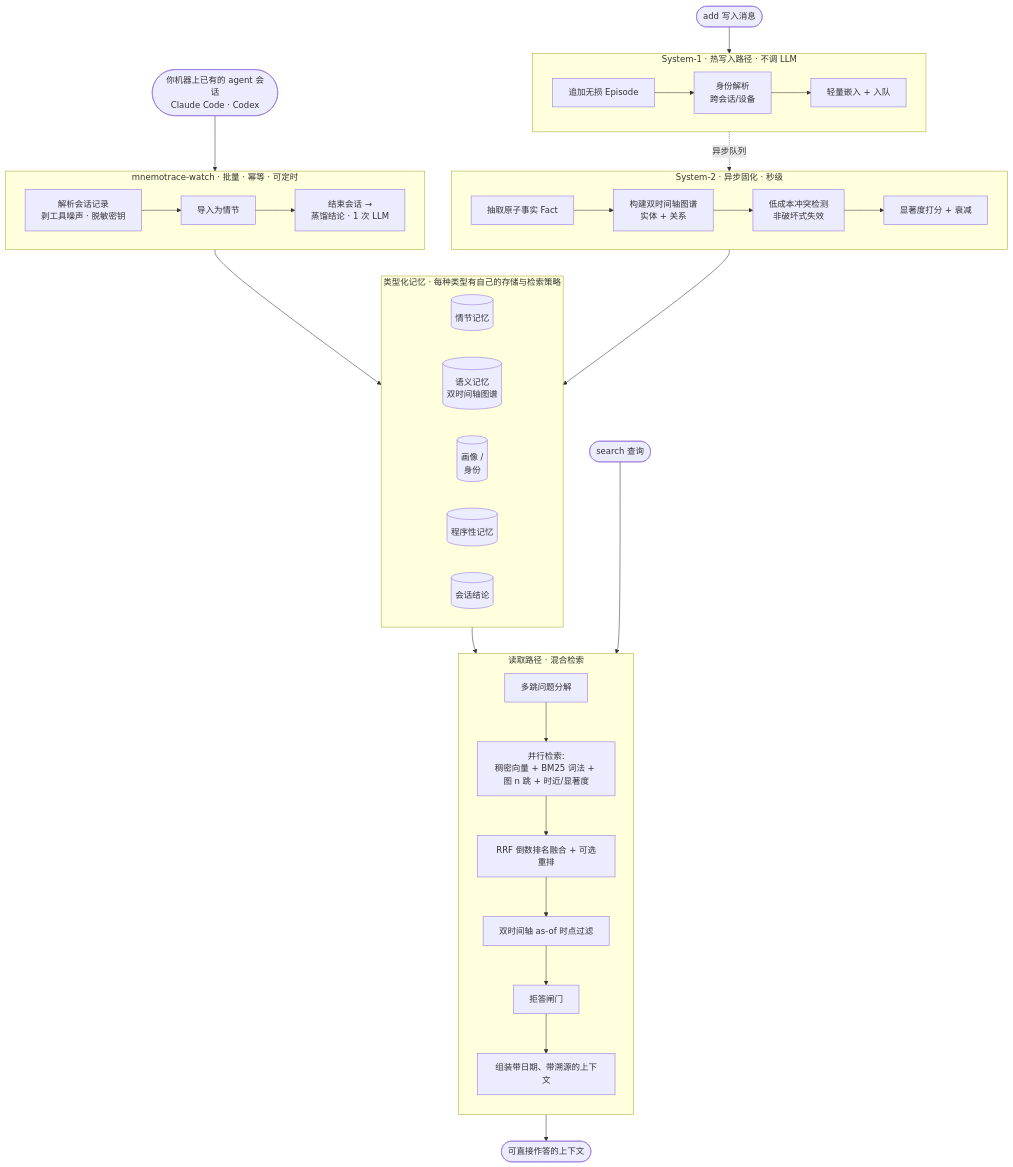
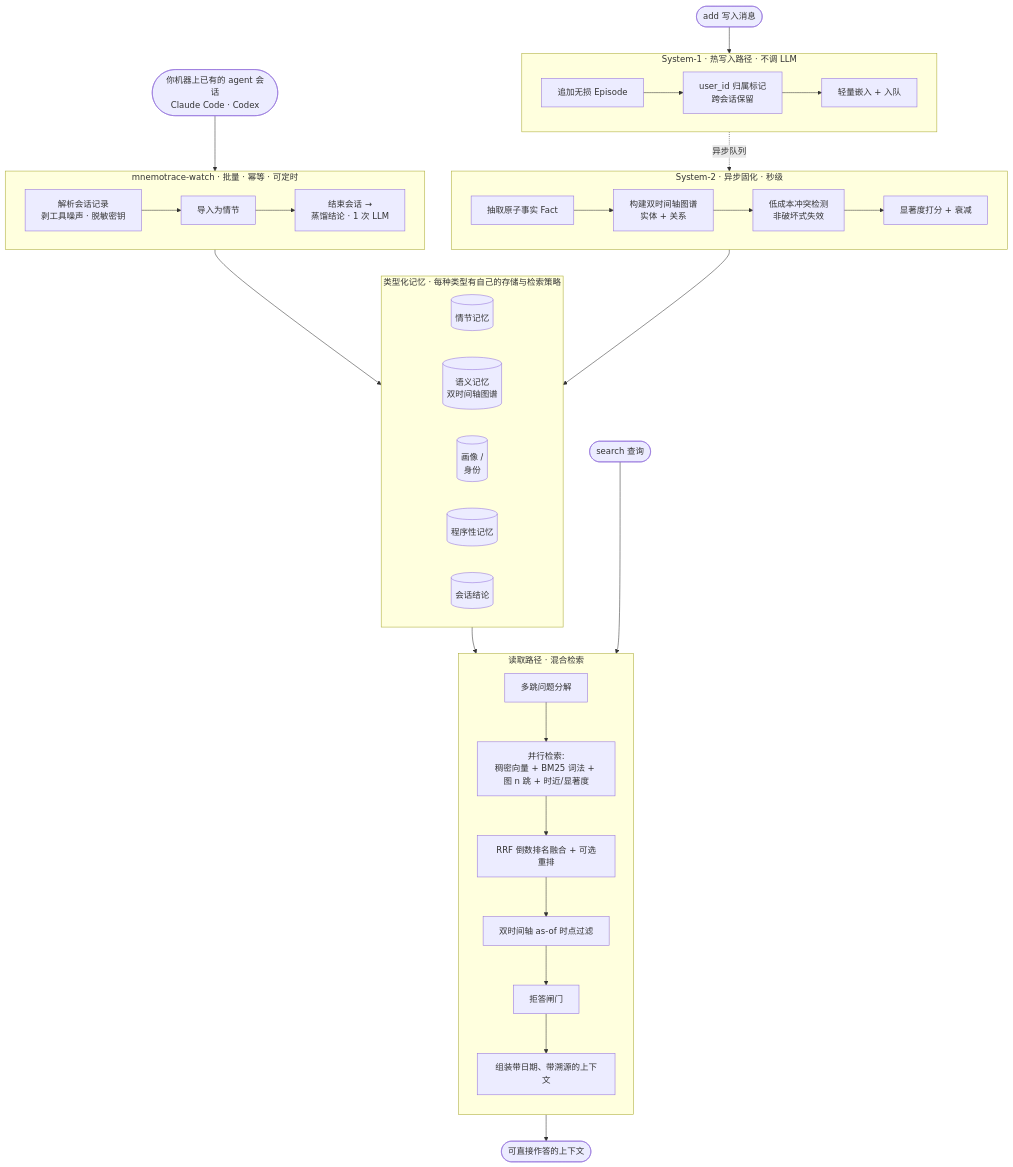
The diagram in README.zh-CN.md (NotZhu/MnemoTrace), drawn with Mermaid before and after one commit. The commit also changed other lines of this file and 48 other files, not shown here.

````diff
--- a/README.zh-CN.md
+++ b/README.zh-CN.md
@@ -75,36 +75,36 @@
 ```mermaid
 flowchart TB
     ADD([add 写入消息]) --> S1
     SESS([你机器上已有的 agent 会话<br/>Claude Code · Codex]) --> W
     subgraph W [mnemotrace-watch · 批量 · 幂等 · 可定时]
         direction LR
         Wa[解析会话记录<br/>剥工具噪声 · 脱敏密钥] --> Wb[导入为情节] --> Wc[结束会话 →<br/>蒸馏结论 · 1 次 LLM]
     end
     W --> TM
     subgraph S1 [System-1 · 热写入路径 · 不调 LLM]
         direction LR
-        S1a[追加无损 Episode] --> S1b[身份解析<br/>跨会话/设备] --> S1c[轻量嵌入 + 入队]
+        S1a[追加无损 Episode] --> S1b[user_id 归属标记<br/>跨会话保留] --> S1c[轻量嵌入 + 入队]
     end
     S1 -. 异步队列 .-> S2
     subgraph S2 [System-2 · 异步固化 · 秒级]
         direction LR
         S2a[抽取原子事实 Fact] --> S2b[构建双时间轴图谱<br/>实体 + 关系] --> S2c[低成本冲突检测<br/>非破坏式失效] --> S2d[显著度打分 + 衰减]
     end
     S2 --> TM
     subgraph TM [类型化记忆 · 每种类型有自己的存储与检索策略]
         direction LR
         TMa[(情节记忆)]
         TMb[(语义记忆<br/>双时间轴图谱)]
         TMc[(画像 /<br/>身份)]
         TMd[(程序性记忆)]
         TMe[(会话结论)]
     end
     TM --> R
     Q([search 查询]) --> R
     subgraph R [读取路径 · 混合检索]
         direction TB
         Ra[多跳问题分解] --> Rb[并行检索:<br/>稠密向量 + BM25 词法 + 图 n 跳 + 时近/显著度]
         Rb --> Rc[RRF 倒数排名融合 + 可选重排] --> Rd[双时间轴 as-of 时点过滤] --> Re[拒答闸门] --> Rf[组装带日期、带溯源的上下文]
     end
     Rf --> OUT([可直接作答的上下文])
 ```
````
